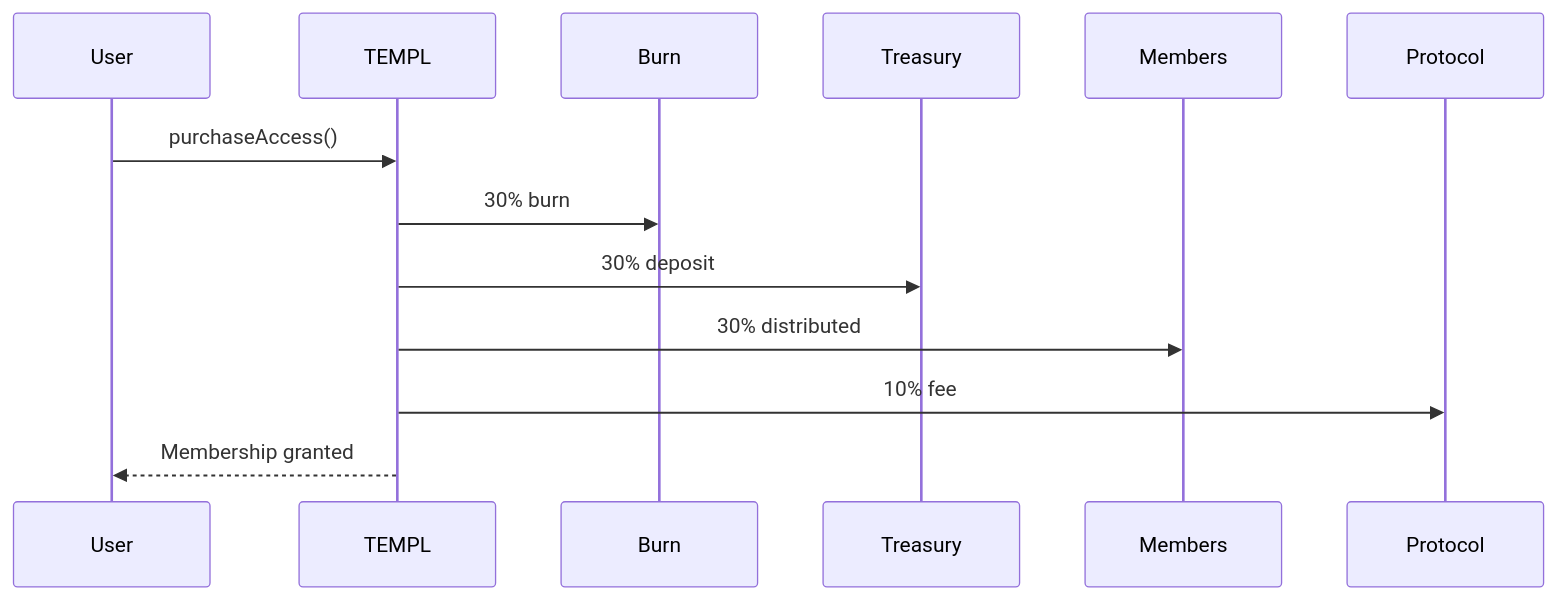
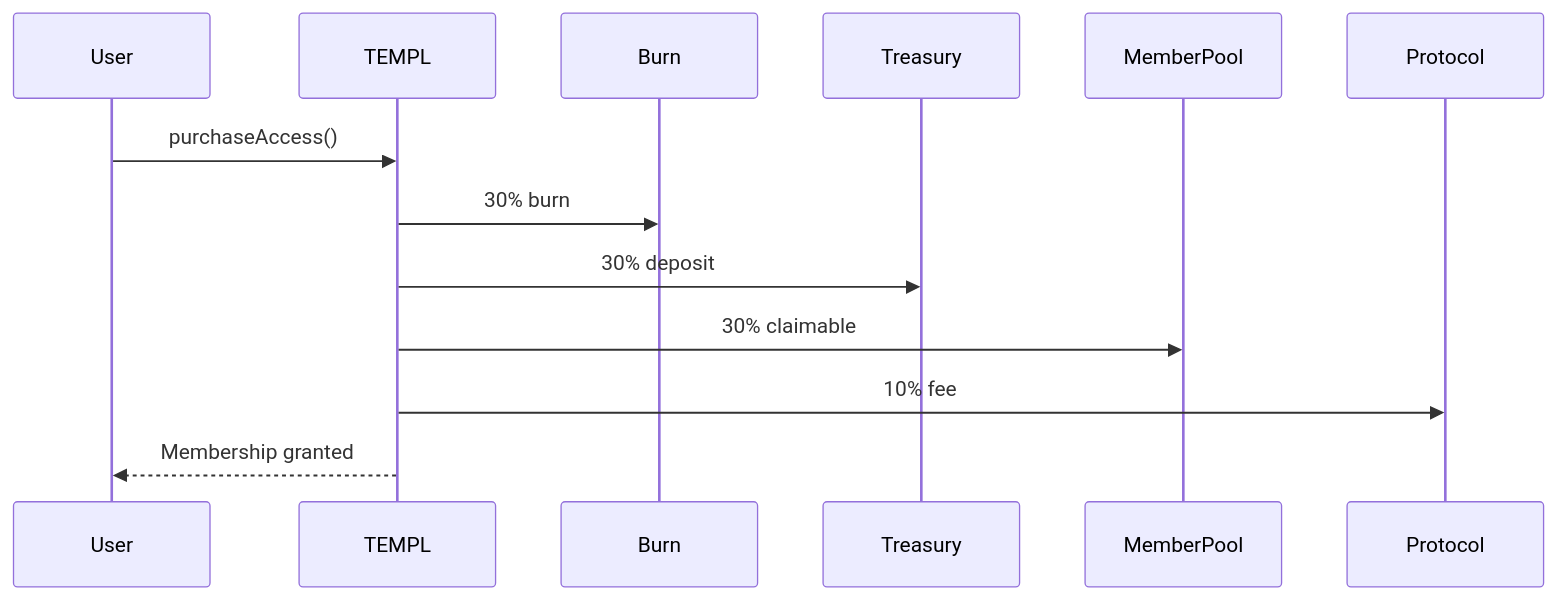
Before and after one commit to templ-fun/templ-evm-protocol: the first of 2 diagrams in CONTRACTS.md, drawn with Mermaid. The commit also changed other lines of this file, not shown here.

Commit message:
docs: document member pool claims

````diff
--- a/CONTRACTS.md
+++ b/CONTRACTS.md
@@ -60,15 +67,15 @@
 ```mermaid
 sequenceDiagram
     participant User
     participant TEMPL
     participant Burn
     participant Treasury
-    participant Members
+    participant MemberPool
     participant Protocol
     User->>TEMPL: purchaseAccess()
     TEMPL->>Burn: 30% burn
     TEMPL->>Treasury: 30% deposit
-    TEMPL->>Members: 30% distributed
+    TEMPL->>MemberPool: 30% claimable
     TEMPL->>Protocol: 10% fee
     TEMPL-->>User: Membership granted
 ```
````
